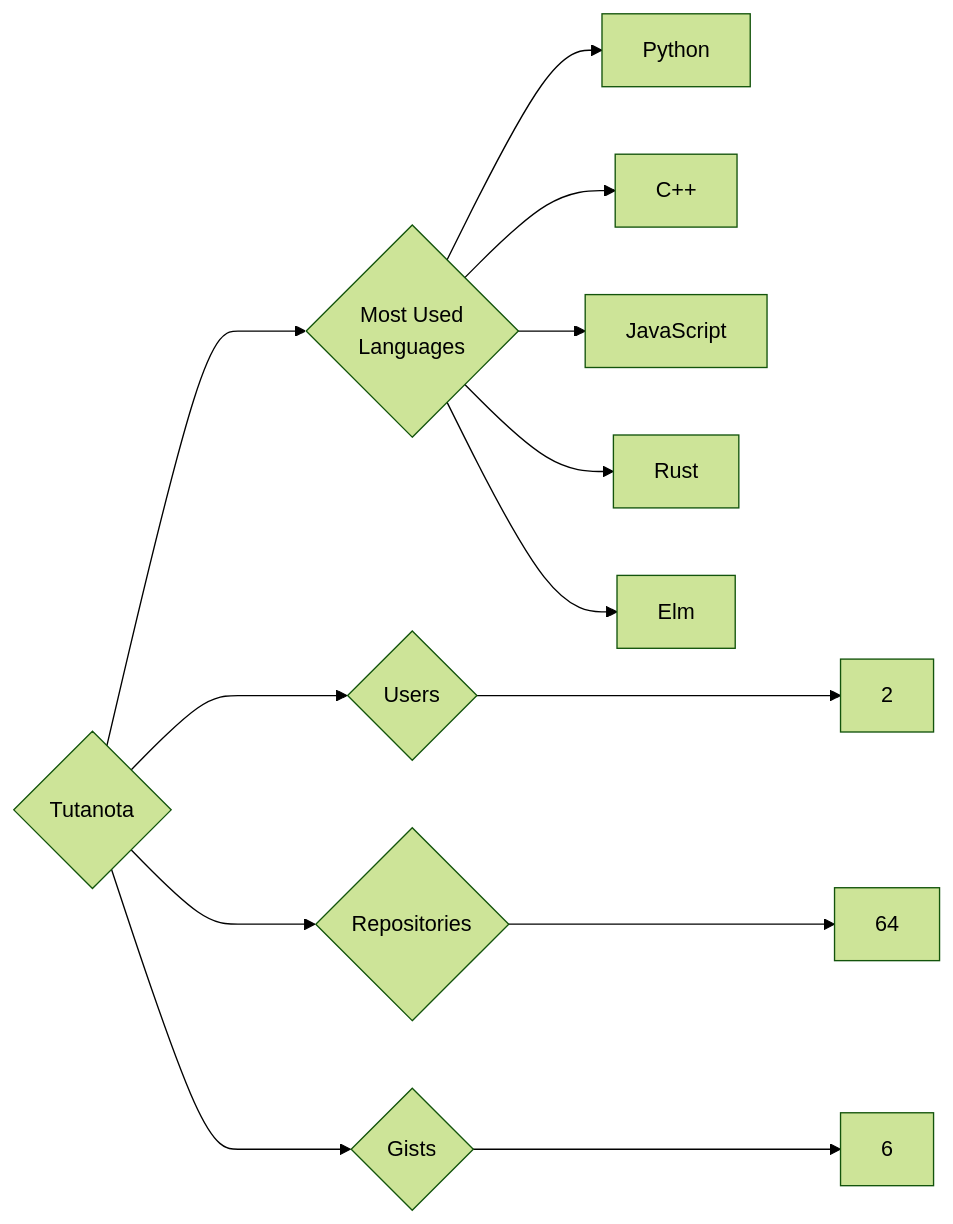
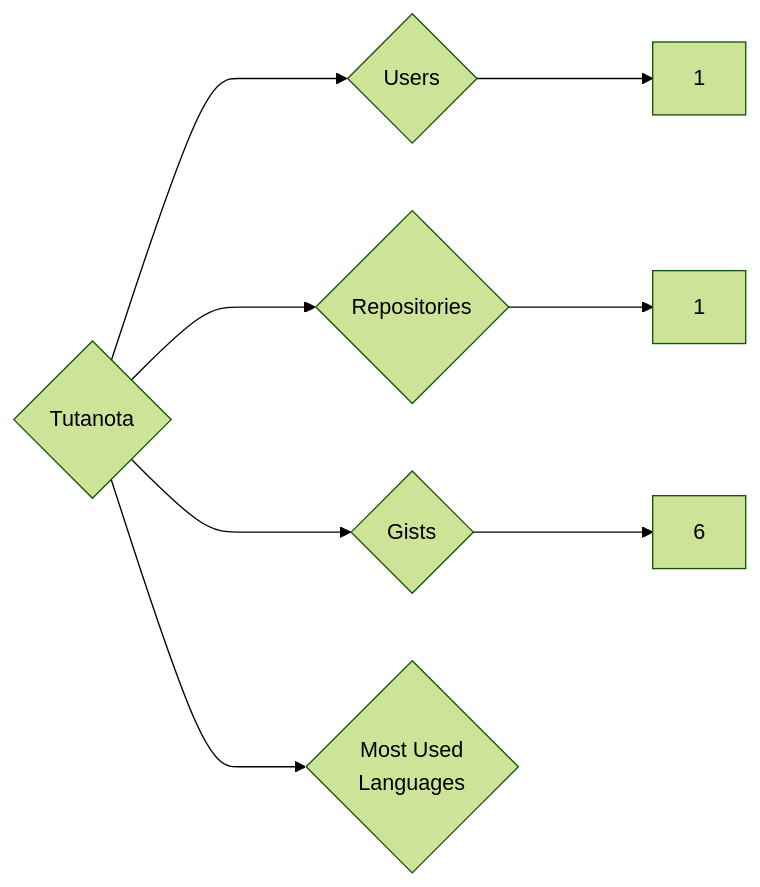
Before and after one commit to trickest/insiders: the diagram in targets/Tutanota/README.md, drawn with Mermaid (forest theme). The commit also changed 682 other files, not shown here.

````diff
--- a/targets/Tutanota/README.md
+++ b/targets/Tutanota/README.md
@@ -3,13 +3,8 @@
 ```mermaid
 graph LR
 COMPANY_NAME{Tutanota}
-COMPANY_NAME ---> U{Users} ---> UN[2]
-COMPANY_NAME ---> R{Repositories} ---> RN[64]
+COMPANY_NAME ---> U{Users} ---> UN[1]
+COMPANY_NAME ---> R{Repositories} ---> RN[1]
 COMPANY_NAME ---> G{Gists} ---> GN[6]
 COMPANY_NAME ---> ML{Most Used<br>Languages}
-ML --> Python[Python]
-ML --> C++[C++]
-ML --> JavaScript[JavaScript]
-ML --> Rust[Rust]
-ML --> Elm[Elm]
 ```
````
